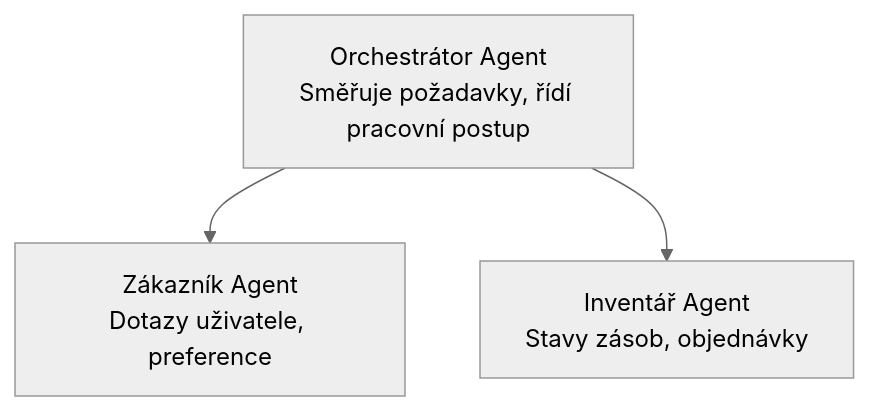
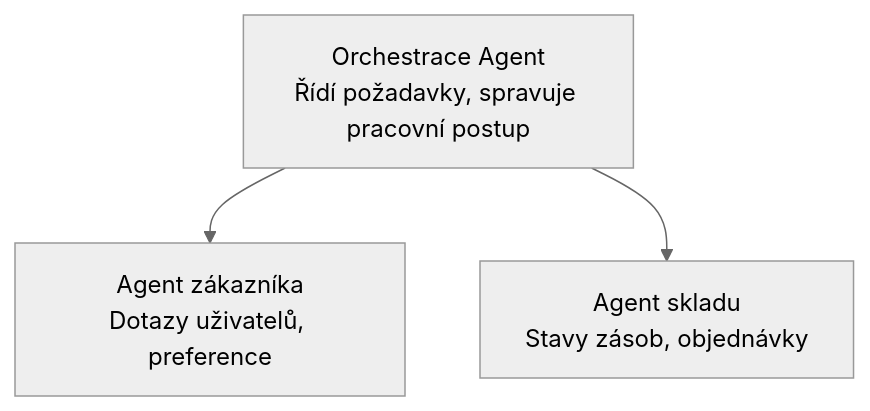
The diagram in translations/cs/docs/chapter-05-multi-agent/README.md (microsoft/AZD-for-beginners), drawn with Mermaid (neutral theme) before and after one commit. The commit also changed other lines of this file and 101 other files, not shown here.

````diff
--- a/translations/cs/docs/chapter-05-multi-agent/README.md
+++ b/translations/cs/docs/chapter-05-multi-agent/README.md
@@ -50,5 +52,5 @@
 ```mermaid
 graph TD
-    Orchestrator[Orchestrátor Agent<br/>Směřuje požadavky, řídí pracovní postup] --> Customer[Zákazník Agent<br/>Dotazy uživatele, preference]
-    Orchestrator --> Inventory[Inventář Agent<br/>Stavy zásob, objednávky]
+    Orchestrator[Orchestrace Agent<br/>Řídí požadavky, spravuje pracovní postup] --> Customer[Agent zákazníka<br/>Dotazy uživatelů, preference]
+    Orchestrator --> Inventory[Agent skladu<br/>Stavy zásob, objednávky]
 ```
````
